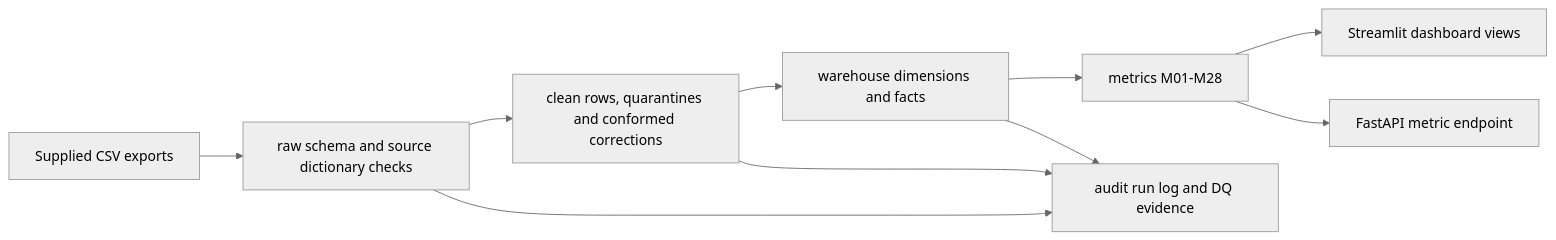
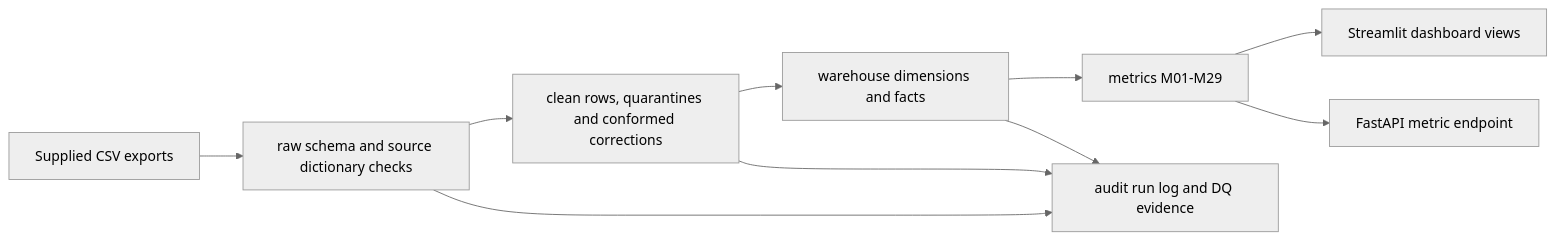
Before and after one commit to adityamergurwar/pulseiq: the diagram in docs/lineage.md, drawn with Mermaid (neutral theme). The commit also changed other lines of this file and 4 other files, not shown here.

````diff
--- a/docs/lineage.md
+++ b/docs/lineage.md
@@ -5,12 +5,12 @@
 ```mermaid
 flowchart LR
   A[Supplied CSV exports] --> B[raw schema and source dictionary checks]
   B --> C[clean rows, quarantines and conformed corrections]
   C --> D[warehouse dimensions and facts]
-  D --> E[metrics M01-M28]
+  D --> E[metrics M01-M29]
   E --> F[Streamlit dashboard views]
   E --> G[FastAPI metric endpoint]
   B --> H[audit run log and DQ evidence]
   C --> H
   D --> H
 ```
````
